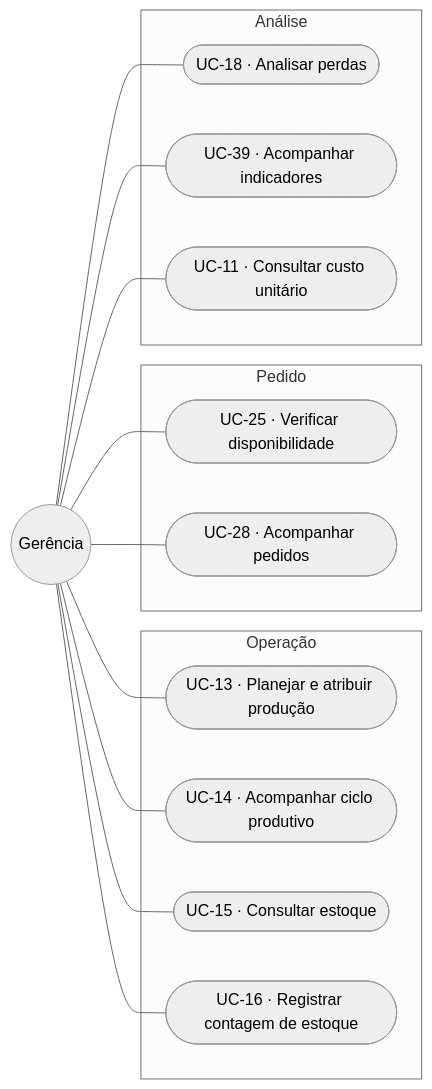
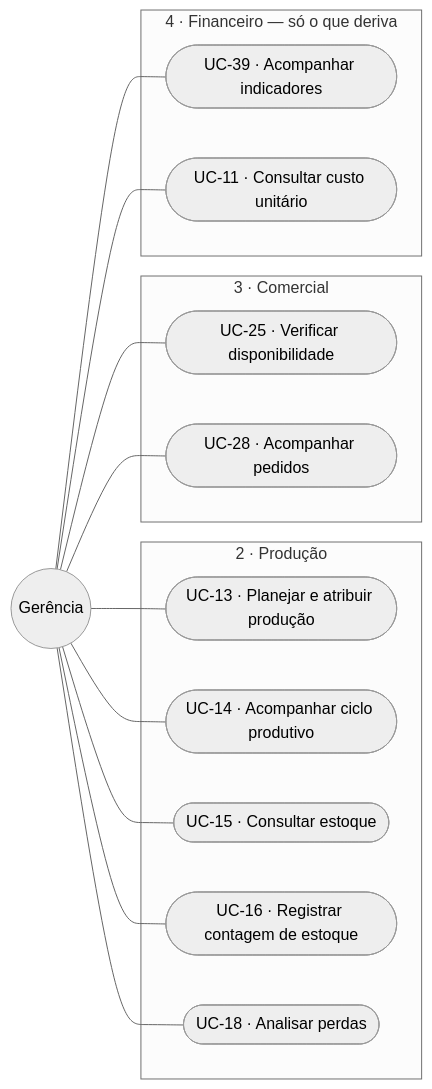
One commit to JoaoMudar/mudar changed the third of 5 diagrams in docs/engenharia/C-modelagem/C1-diagrama-casos-de-uso.md. Above: the diagram before and after it, drawn with Mermaid (neutral theme). The commit also changed other lines of this file and 83 other files, not shown here.

````diff
--- a/docs/engenharia/C-modelagem/C1-diagrama-casos-de-uso.md
+++ b/docs/engenharia/C-modelagem/C1-diagrama-casos-de-uso.md
@@ -196,32 +193,32 @@
 ```mermaid
 graph LR
   GE(("Gerência"))
 
-  subgraph Operação
+  subgraph M2["2 · Produção"]
     UC13(["UC-13 · Planejar e atribuir produção"])
     UC14(["UC-14 · Acompanhar ciclo produtivo"])
     UC15(["UC-15 · Consultar estoque"])
     UC16(["UC-16 · Registrar contagem de estoque"])
+    UC18b(["UC-18 · Analisar perdas"])
   end
 
-  subgraph Pedido
+  subgraph M3["3 · Comercial"]
     UC25(["UC-25 · Verificar disponibilidade"])
     UC28b(["UC-28 · Acompanhar pedidos"])
   end
 
-  subgraph Análise
-    UC18b(["UC-18 · Analisar perdas"])
+  subgraph M4["4 · Financeiro &mdash; só o que deriva"]
     UC39b(["UC-39 · Acompanhar indicadores"])
     UC11b(["UC-11 · Consultar custo unitário"])
   end
 
   GE --- UC13
   GE --- UC14
   GE --- UC15
   GE --- UC16
   GE --- UC25
   GE --- UC28b
   GE --- UC18b
   GE --- UC39b
   GE --- UC11b
 ```
````
